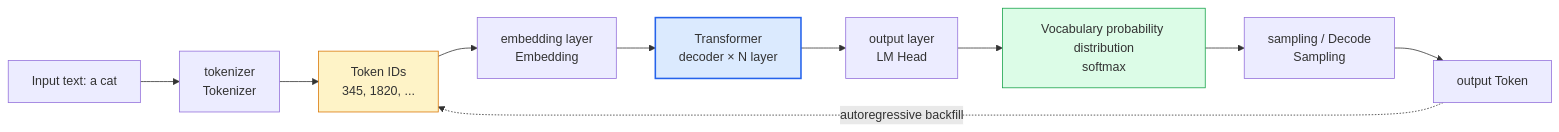
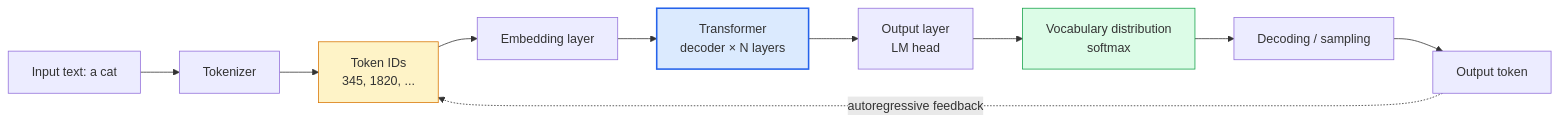
One commit to TingdeLiu/tingdeliu.github.io changed the second of 15 diagrams in _translations/en/research/VLM-Survey.md. Above: the diagram before and after it, drawn with Mermaid. The commit also changed other lines of this file and 51 other files, not shown here.

````diff
--- a/_translations/en/research/VLM-Survey.md
+++ b/_translations/en/research/VLM-Survey.md
@@ -151,16 +151,16 @@
 ```mermaid
 flowchart LR
-    A["Input text: a cat"] --> B["tokenizer\nTokenizer"]
+    A["Input text: a cat"] --> B["Tokenizer"]
     B --> C["Token IDs\n345, 1820, ..."]
-    C --> D["embedding layer\nEmbedding"]
-    D --> E["Transformer\ndecoder × N layer"]
-    E --> F["output layer\nLM Head"]
-    F --> G["Vocabulary probability distribution\nsoftmax"]
-    G --> H["sampling / Decode\nSampling"]
-    H --> I["output Token"]
-    I -.autoregressive backfill.-> C
+    C --> D["Embedding layer"]
+    D --> E["Transformer\ndecoder × N layers"]
+    E --> F["Output layer\nLM head"]
+    F --> G["Vocabulary distribution\nsoftmax"]
+    G --> H["Decoding / sampling"]
+    H --> I["Output token"]
+    I -.autoregressive feedback.-> C
 
     style C fill:#fef3c7,stroke:#d97706
     style E fill:#dbeafe,stroke:#2563eb,stroke-width:2px
     style G fill:#dcfce7,stroke:#16a34a
 ```
````
